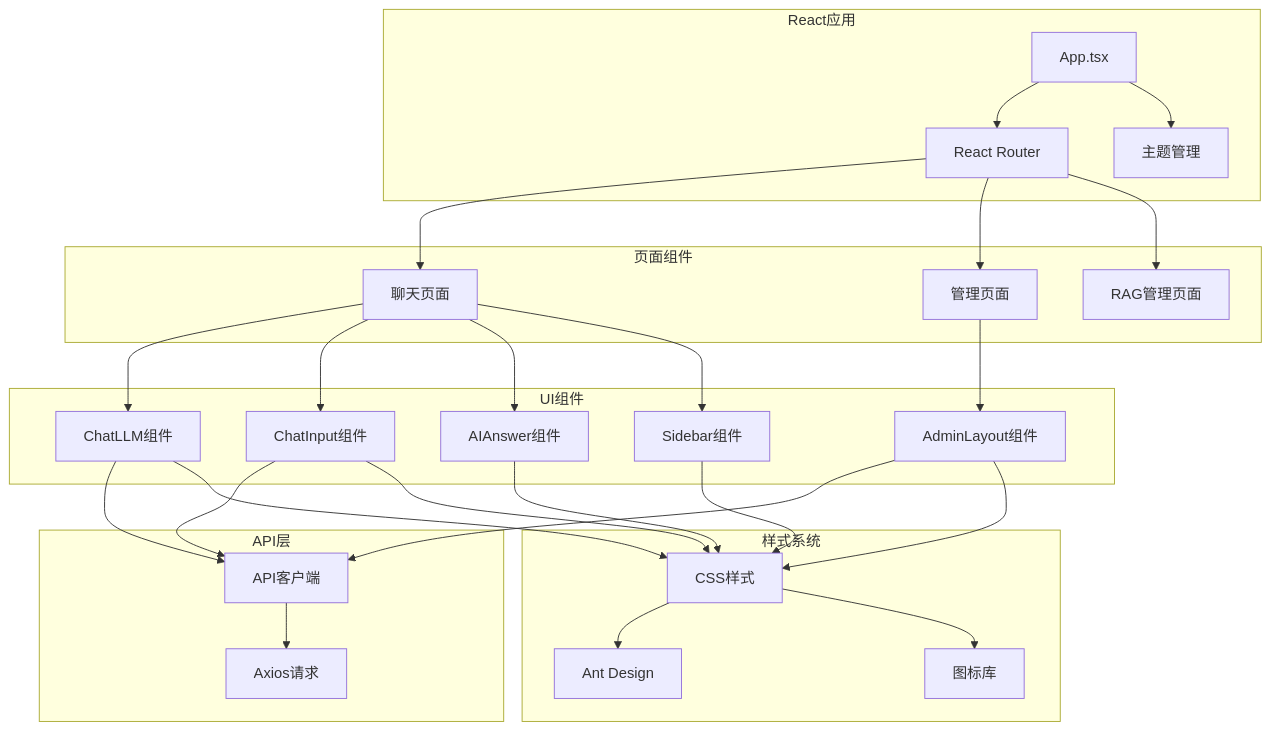
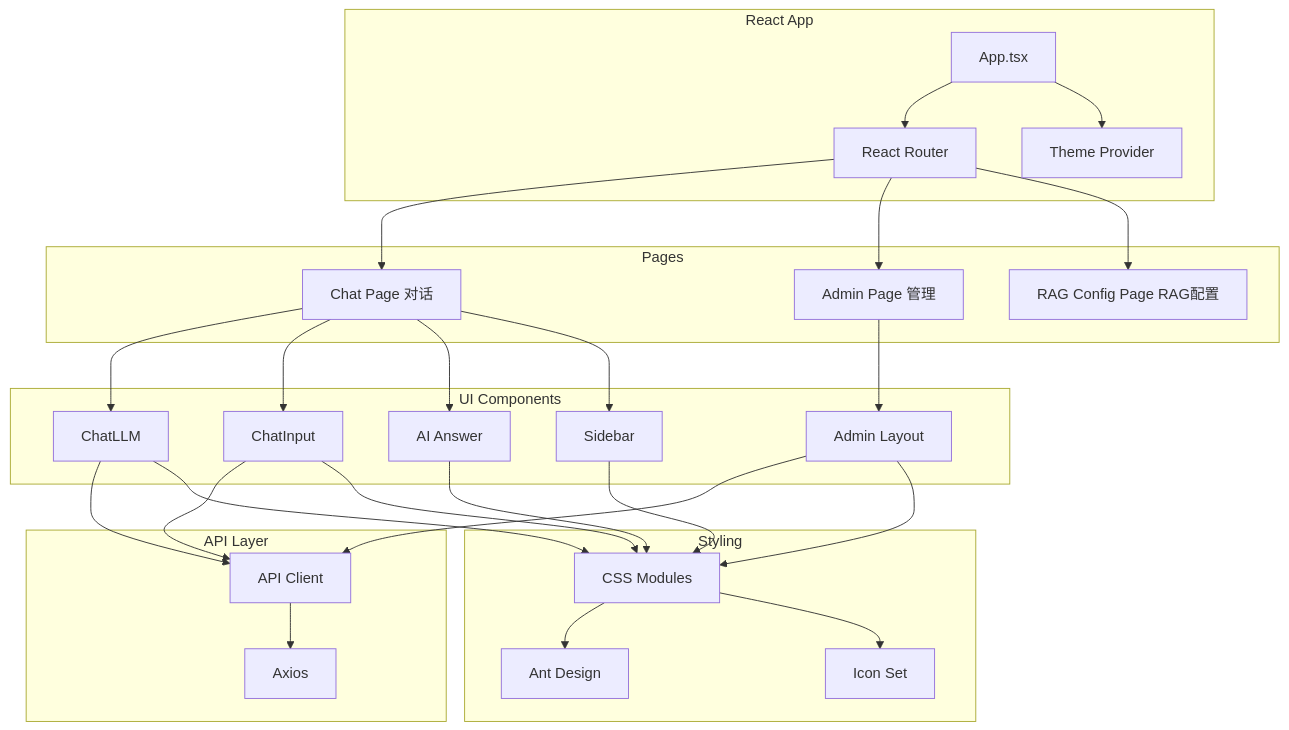
Before and after one commit to NEDONION/llm-mcp-rag-typescript: the fourth of 5 diagrams in architecture-diagram.md, drawn with Mermaid. The commit also changed other lines of this file and 1 other file, not shown here.

````diff
--- a/architecture-diagram.md
+++ b/architecture-diagram.md
@@ -172,62 +167,62 @@
 ```mermaid
 graph TB
-    subgraph "React应用"
+    subgraph "React App"
         App[App.tsx]
         Router[React Router]
-        Theme[主题管理]
+        Theme[Theme Provider]
     end
     
-    subgraph "页面组件"
-        ChatPage[聊天页面]
-        AdminPage[管理页面]
-        RAGPage[RAG管理页面]
+    subgraph "Pages"
+        ChatPage[Chat Page 对话]
+        AdminPage[Admin Page 管理]
+        RAGPage[RAG Config Page RAG配置]
     end
     
-    subgraph "UI组件"
-        ChatLLM[ChatLLM组件]
-        ChatInput[ChatInput组件]
-        AIAnswer[AIAnswer组件]
-        Sidebar[Sidebar组件]
-        AdminLayout[AdminLayout组件]
+    subgraph "UI Components"
+        ChatLLM[ChatLLM]
+        ChatInput[ChatInput]
+        AIAnswer[AI Answer]
+        Sidebar[Sidebar]
+        AdminLayout[Admin Layout]
     end
     
-    subgraph "API层"
-        APIClient[API客户端]
-        Axios[Axios请求]
+    subgraph "API Layer"
+        APIClient[API Client]
+        Axios[Axios]
     end
     
-    subgraph "样式系统"
-        CSS[CSS样式]
+    subgraph "Styling"
+        CSS[CSS Modules]
         Antd[Ant Design]
-        Icons[图标库]
+        Icons[Icon Set]
     end
     
     App --> Router
     App --> Theme
     
     Router --> ChatPage
     Router --> AdminPage
     Router --> RAGPage
     
     ChatPage --> ChatLLM
     ChatPage --> ChatInput
     ChatPage --> AIAnswer
     ChatPage --> Sidebar
     
     AdminPage --> AdminLayout
     
     ChatLLM --> APIClient
     ChatInput --> APIClient
     AdminLayout --> APIClient
     
     APIClient --> Axios
     
     ChatLLM --> CSS
     ChatInput --> CSS
     AIAnswer --> CSS
     Sidebar --> CSS
     AdminLayout --> CSS
     
     CSS --> Antd
     CSS --> Icons
 ```
````
